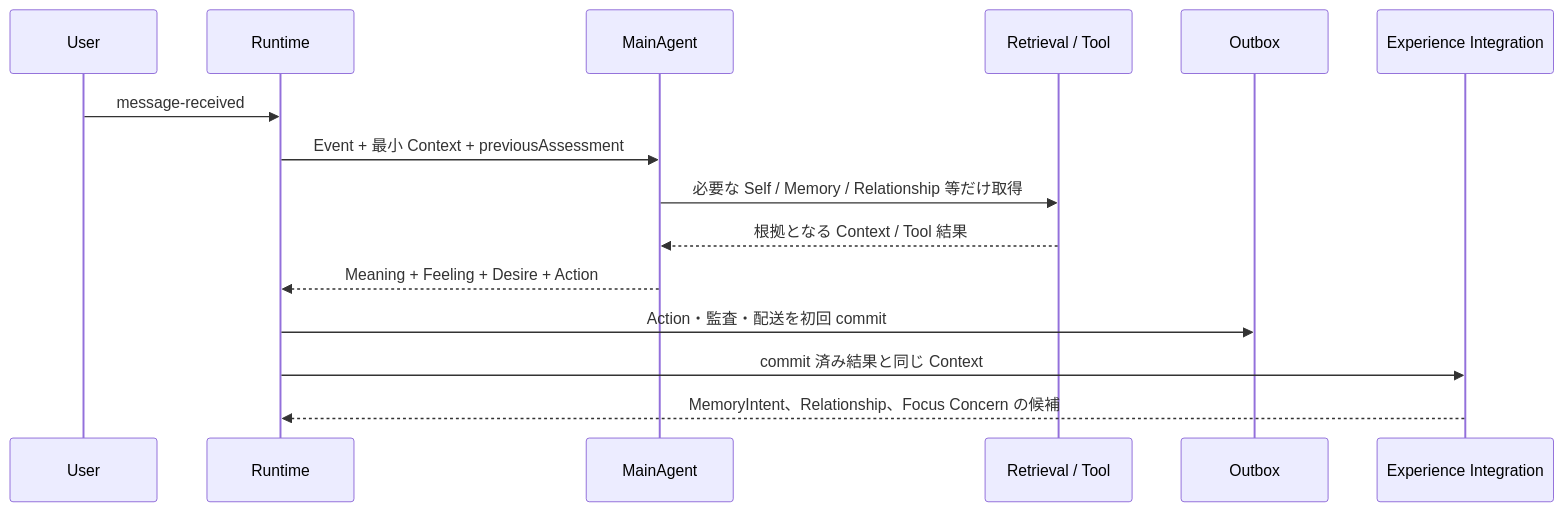
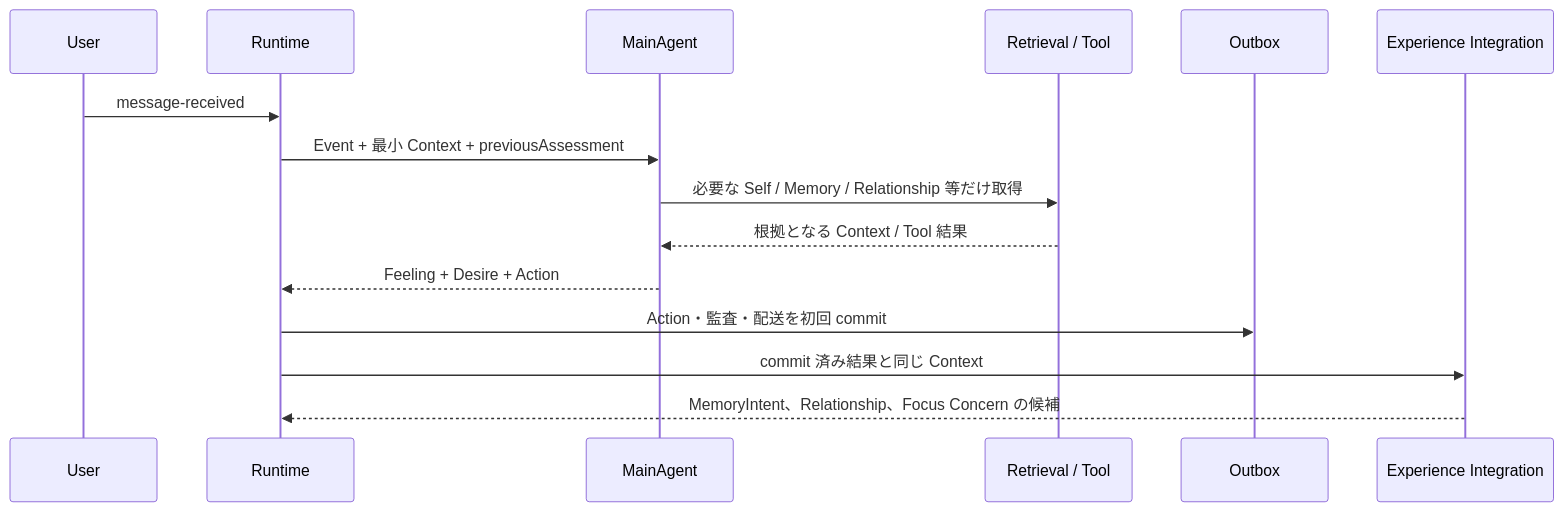
One commit to if001/social_agent changed the fourth of 6 diagrams in docs/AGENT_EVENT_AND_EXPERIENCE_OVERVIEW.md. Above: the diagram before and after it, drawn with Mermaid. The commit also changed other lines of this file and 27 other files, not shown here.

````diff
--- a/docs/AGENT_EVENT_AND_EXPERIENCE_OVERVIEW.md
+++ b/docs/AGENT_EVENT_AND_EXPERIENCE_OVERVIEW.md
@@ -113,18 +113,18 @@
 ```mermaid
 sequenceDiagram
     participant U as User
     participant R as Runtime
     participant M as MainAgent
     participant T as Retrieval / Tool
     participant O as Outbox
     participant X as Experience Integration
 
     U->>R: message-received
     R->>M: Event + 最小 Context + previousAssessment
     M->>T: 必要な Self / Memory / Relationship 等だけ取得
     T-->>M: 根拠となる Context / Tool 結果
-    M-->>R: Meaning + Feeling + Desire + Action
+    M-->>R: Feeling + Desire + Action
     R->>O: Action・監査・配送を初回 commit
     R->>X: commit 済み結果と同じ Context
     X-->>R: MemoryIntent、Relationship、Focus Concern の候補
 ```
````
